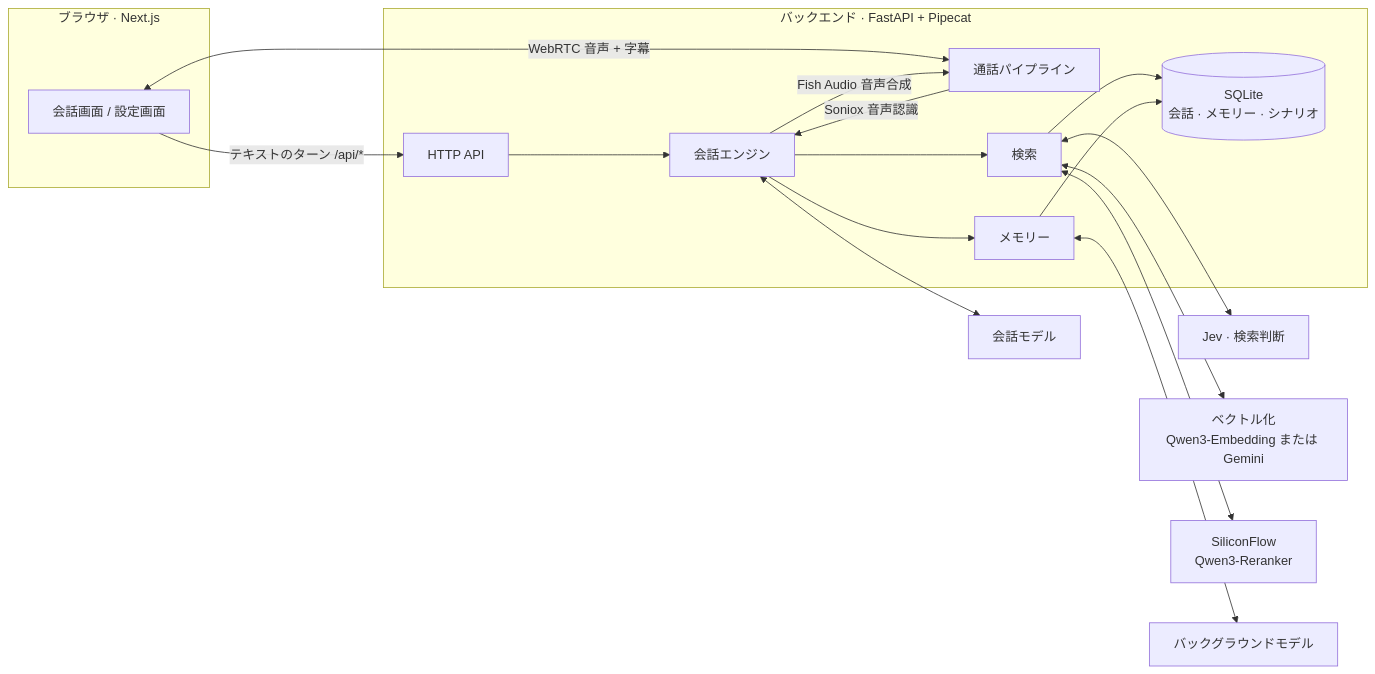
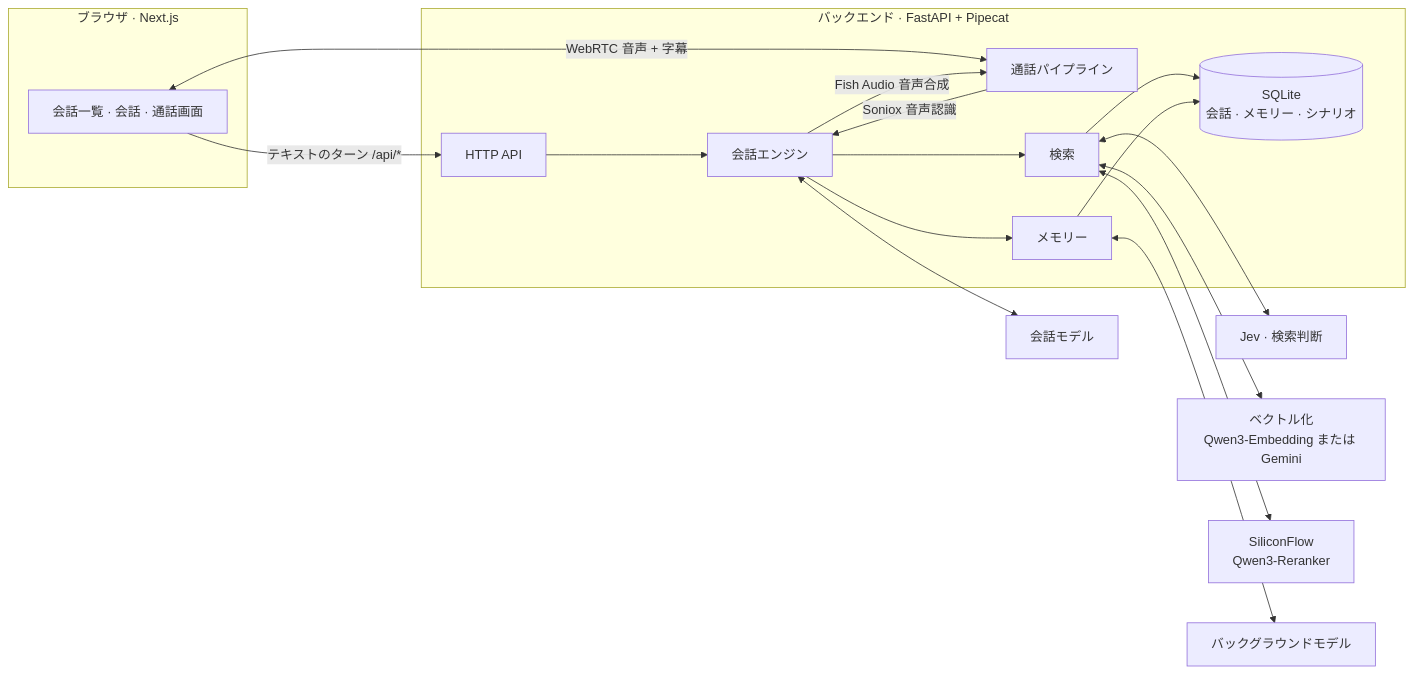
One commit to 3aKHP/idolum changed the first of 2 diagrams in README.ja.md. Above: the diagram before and after it, drawn with Mermaid. The commit also changed other lines of this file and 15 other files, not shown here.

Commit message:
docs: 三语 README 写明通话层、收起、麦克风静音、只看文字和切换麦克风，角色配置补上印象色和背景图；PRODUCT.md 和 DESIGN.md 按实现更新；收尾审查后，通话层展开时底下的对话不可聚焦，深色弹层边线达到 3:1，发送键换成 Lucide 图标，补上标题的 600 字重，手机页首按钮不小于 44px (frontend-redesign ticket 07)

````diff
--- a/README.ja.md
+++ b/README.ja.md
@@ -75,30 +75,30 @@
 ```mermaid
 flowchart LR
     subgraph Browser["ブラウザ · Next.js"]
-        UI["会話画面 / 設定画面"]
+        UI["会話一覧 · 会話 · 通話画面"]
     end
 
     subgraph Backend["バックエンド · FastAPI + Pipecat"]
         API["HTTP API"]
         Call["通話パイプライン"]
         Engine["会話エンジン"]
         Retrieval["検索"]
         Memory["メモリー"]
         DB[("SQLite<br/>会話 · メモリー · シナリオ")]
     end
 
     UI -- "テキストのターン /api/*" --> API
     UI <-- "WebRTC 音声 + 字幕" --> Call
     API --> Engine
     Call -- "Soniox 音声認識" --> Engine
     Engine -- "Fish Audio 音声合成" --> Call
     Engine --> Retrieval
     Engine --> Memory
     Retrieval --> DB
     Memory --> DB
     Engine <--> ChatLLM["会話モデル"]
     Retrieval <--> Jev["Jev · 検索判断"]
     Retrieval <--> Emb["ベクトル化<br/>Qwen3-Embedding または Gemini"]
     Retrieval <--> SF["SiliconFlow<br/>Qwen3-Reranker"]
     Memory <--> BgLLM["バックグラウンドモデル"]
 ```
````
